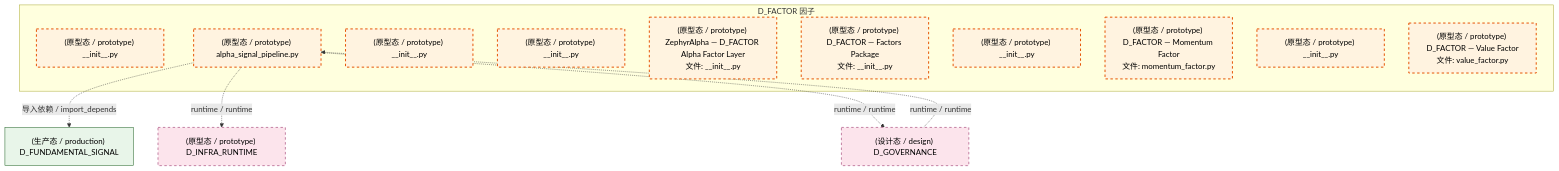
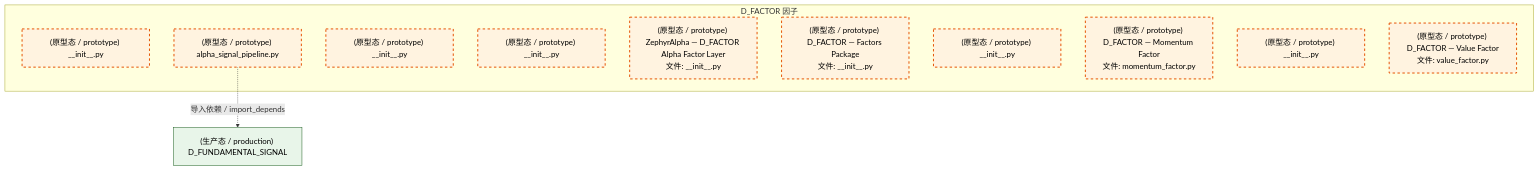
Before and after one commit to xuanFelixVan/ZephyrAlpha: the third of 4 diagrams in docs/02_enterprise_architecture/02_domain_architecture_docs/29_d_factor.md, drawn with Mermaid. The commit also changed other lines of this file and 100 other files, not shown here.

````diff
--- a/docs/02_enterprise_architecture/02_domain_architecture_docs/29_d_factor.md
+++ b/docs/02_enterprise_architecture/02_domain_architecture_docs/29_d_factor.md
@@ -156,29 +151,23 @@
 ```mermaid
 graph TD
     subgraph D_FACTOR["D_FACTOR 因子"]
         src_zephyr_factor_extensions_init_py["(原型态 / prototype) __init__.py"]
         src_zephyr_factor_alpha_signal_pipeline_py["(原型态 / prototype) alpha_signal_pipeline.py"]
         src_zephyr_factor_api_init_py["(原型态 / prototype) __init__.py"]
         src_zephyr_factor_core_init_py["(原型态 / prototype) __init__.py"]
         src_zephyr_factor_ctr_001_consumer_init_py["(原型态 / prototype) ZephyrAlpha — D_FACTOR Alpha Factor Layer<br/>文件: __init__.py"]
         src_zephyr_factor_engine_init_py["(原型态 / prototype) D_FACTOR — Factors Package<br/>文件: __init__.py"]
         src_zephyr_factor_infrastructure_init_py["(原型态 / prototype) __init__.py"]
         src_zephyr_factor_momentum_factor_py["(原型态 / prototype) D_FACTOR — Momentum Factor<br/>文件: momentum_factor.py"]
         src_zephyr_factor_services_init_py["(原型态 / prototype) __init__.py"]
         src_zephyr_factor_value_factor_py["(原型态 / prototype) D_FACTOR — Value Factor<br/>文件: value_factor.py"]
     end
     D_FUNDAMENTAL_SIGNAL["(生产态 / production) D_FUNDAMENTAL_SIGNAL"]
     src_zephyr_factor_alpha_signal_pipeline_py -.->|导入依赖 / import_depends| D_FUNDAMENTAL_SIGNAL
-    D_INFRA_RUNTIME["(原型态 / prototype) D_INFRA_RUNTIME"]
-    src_zephyr_factor_alpha_signal_pipeline_py -.->|runtime / runtime| D_INFRA_RUNTIME
-    D_GOVERNANCE["(设计态 / design) D_GOVERNANCE"]
-    src_zephyr_factor_alpha_signal_pipeline_py -.->|runtime / runtime| D_GOVERNANCE
-    D_GOVERNANCE -.->|runtime / runtime| src_zephyr_factor_alpha_signal_pipeline_py
     classDef production fill:#e1f5fe,stroke:#01579b,stroke-width:2px,color:#000
     classDef design fill:#fff3e0,stroke:#e65100,stroke-width:2px,color:#000,stroke-dasharray: 5 5
     classDef external_prod fill:#e8f5e9,stroke:#1b5e20,stroke-width:1px,color:#000
     classDef external_design fill:#fce4ec,stroke:#880e4f,stroke-width:1px,color:#000,stroke-dasharray: 5 5
     class src_zephyr_factor_extensions_init_py,src_zephyr_factor_alpha_signal_pipeline_py,src_zephyr_factor_api_init_py,src_zephyr_factor_core_init_py,src_zephyr_factor_ctr_001_consumer_init_py,src_zephyr_factor_engine_init_py,src_zephyr_factor_infrastructure_init_py,src_zephyr_factor_momentum_factor_py,src_zephyr_factor_services_init_py,src_zephyr_factor_value_factor_py design
     class D_FUNDAMENTAL_SIGNAL external_prod
-    class D_INFRA_RUNTIME,D_GOVERNANCE external_design
 ```
````
